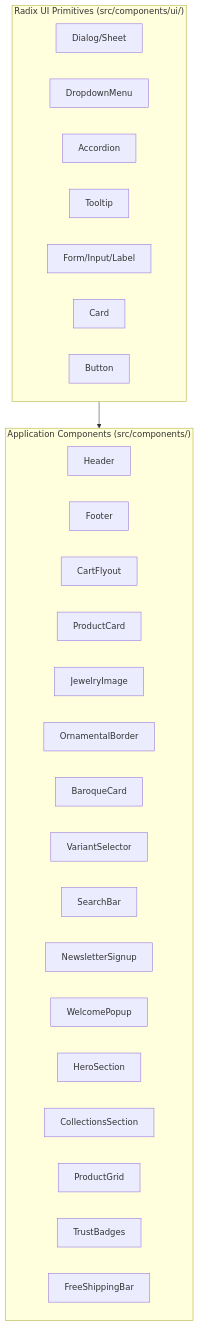
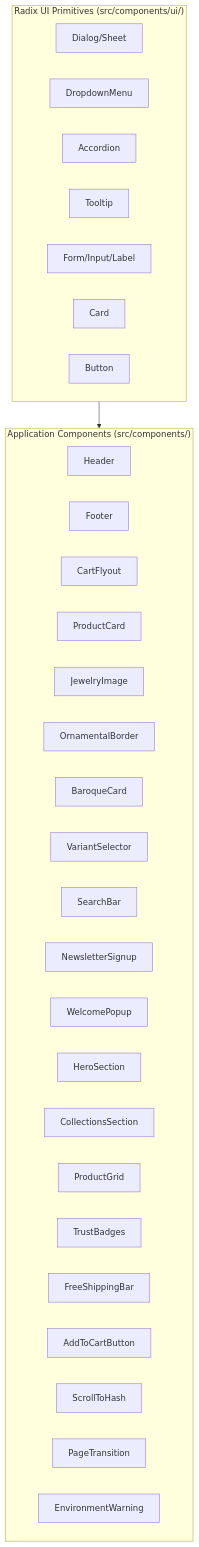
The diagram in docs/02-components.md (JasdeepN/house-of-mornii-shop), drawn with Mermaid before and after one commit. The commit also changed other lines of this file and 3 other files, not shown here.

````diff
--- a/docs/02-components.md
+++ b/docs/02-components.md
@@ -9,33 +9,37 @@
 ```mermaid
 graph TD
     subgraph Primitives["Radix UI Primitives (src/components/ui/)"]
         Dialog[Dialog/Sheet]
         Dropdown[DropdownMenu]
         Accordion[Accordion]
         Tooltip[Tooltip]
         Form[Form/Input/Label]
         Card[Card]
         Button[Button]
     end
 
     subgraph Application["Application Components (src/components/)"]
         Header[Header]
         Footer[Footer]
         CartFlyout[CartFlyout]
         ProductCard[ProductCard]
         JewelryImage[JewelryImage]
         OrnamentalBorder[OrnamentalBorder]
         BaroqueCard[BaroqueCard]
         VariantSelector[VariantSelector]
         SearchBar[SearchBar]
         NewsletterSignup[NewsletterSignup]
         WelcomePopup[WelcomePopup]
         HeroSection[HeroSection]
         CollectionsSection[CollectionsSection]
         ProductGrid[ProductGrid]
         TrustBadges[TrustBadges]
         FreeShippingBar[FreeShippingBar]
+        AddToCartButton[AddToCartButton]
+        ScrollToHash[ScrollToHash]
+        PageTransition[PageTransition]
+        EnvironmentWarning[EnvironmentWarning]
     end
 
     Primitives --> Application
 ```
````
